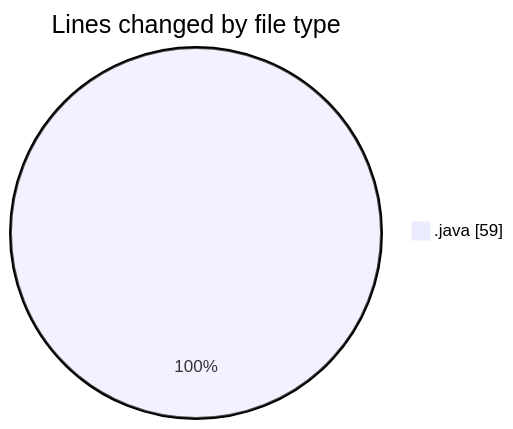
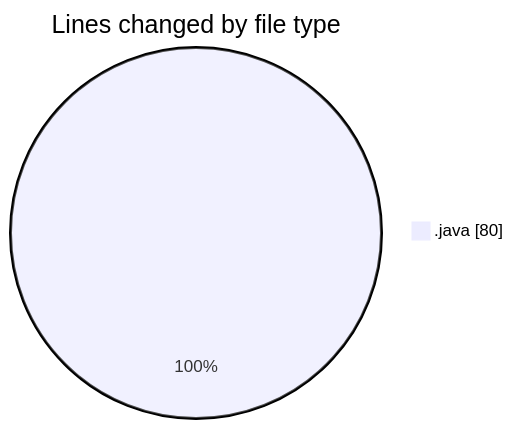
The first of 2 diagrams in 2025-05-27/minisocialnetwork/README.md (NitaiMahat/code-tracking), drawn with Mermaid before and after one commit. The commit also changed other lines of this file and 1 other file, not shown here.

````diff
--- a/2025-05-27/minisocialnetwork/README.md
+++ b/2025-05-27/minisocialnetwork/README.md
@@ -25,5 +25,5 @@
 ```mermaid
 pie showData
 title Lines changed by file type
-".java" : 59
+".java" : 80
 ```
````
